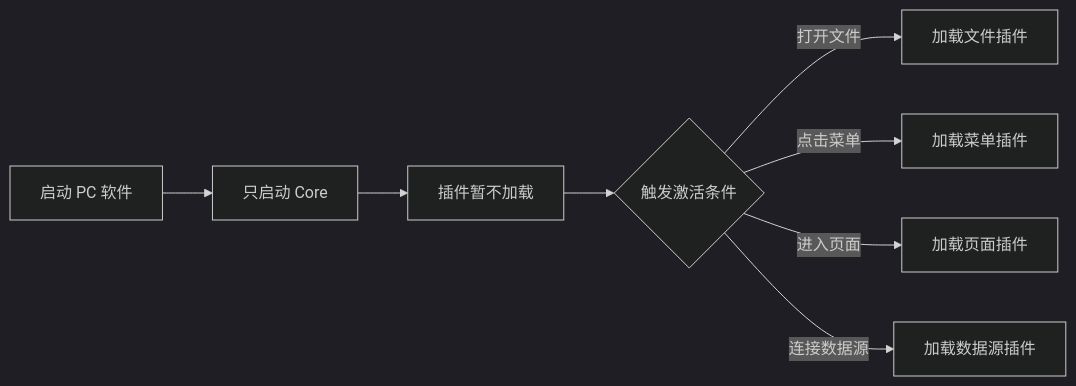
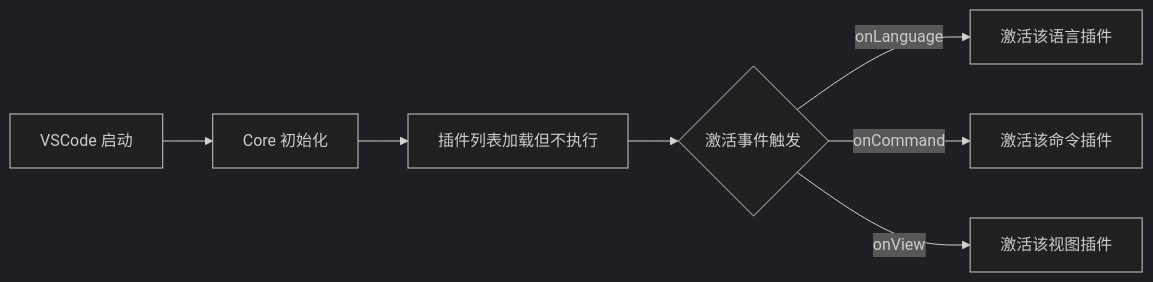
One commit to XiaoYang1127/dev-doc changed the fifth of 8 diagrams in job/mod/pc-plugin-vscode.md. Above: the diagram before and after it, drawn with Mermaid (dark theme). The commit also changed other lines of this file and 5 other files, not shown here.

````diff
--- a/job/mod/pc-plugin-vscode.md
+++ b/job/mod/pc-plugin-vscode.md
@@ -301,11 +273,10 @@
 ```mermaid
 flowchart LR
-    Start[启动 PC 软件] --> Core[只启动 Core]
-    Core --> Idle[插件暂不加载]
+    Start[VSCode 启动] --> Core[Core 初始化]
+    Core --> Idle[插件列表加载但不执行]
 
-    Idle --> Event{触发激活条件}
-    Event -->|打开文件| P1[加载文件插件]
-    Event -->|点击菜单| P2[加载菜单插件]
-    Event -->|进入页面| P3[加载页面插件]
-    Event -->|连接数据源| P4[加载数据源插件]
+    Idle --> Event{激活事件触发}
+    Event -->|onLanguage| P1[激活该语言插件]
+    Event -->|onCommand| P2[激活该命令插件]
+    Event -->|onView| P3[激活该视图插件]
 ```
````
